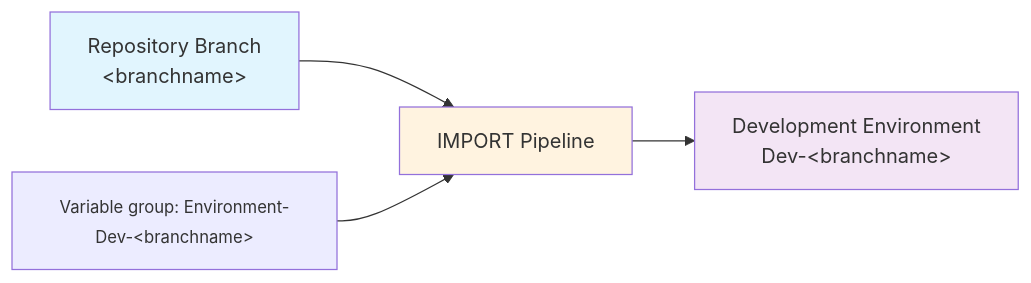
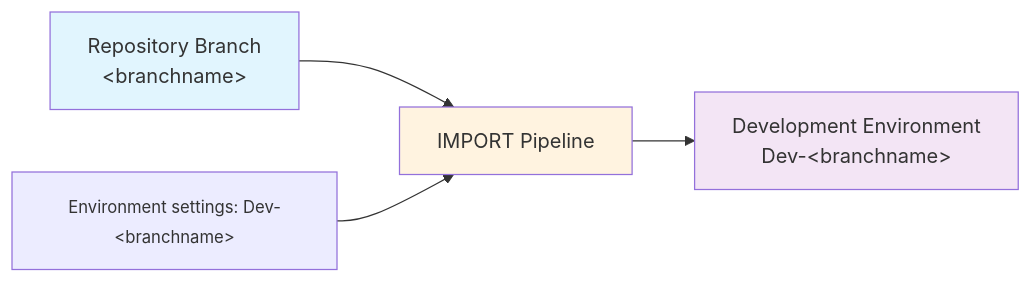
Before and after one commit to rnwood/ALM4DataverseTest4Shared: the diagram in docs/usage/importing-changes.md, drawn with Mermaid. The commit also changed other lines of this file and 14 other files, not shown here.

````diff
--- a/docs/usage/importing-changes.md
+++ b/docs/usage/importing-changes.md
@@ -3,10 +3,10 @@
 ```mermaid
 flowchart LR
     A[Repository Branch<br/>&lt;branchname&gt;] --> B[IMPORT Pipeline]
     B --> C[Development Environment<br/>Dev-&lt;branchname&gt;]
-    D[<small>Variable group: Environment-Dev-&lt;branchname&gt;</small>] --> B
+    D[<small>Environment settings: Dev-&lt;branchname&gt;</small>] --> B
 
     style A fill:#e1f5fe
     style C fill:#f3e5f5
     style B fill:#fff3e0
 ```
````
